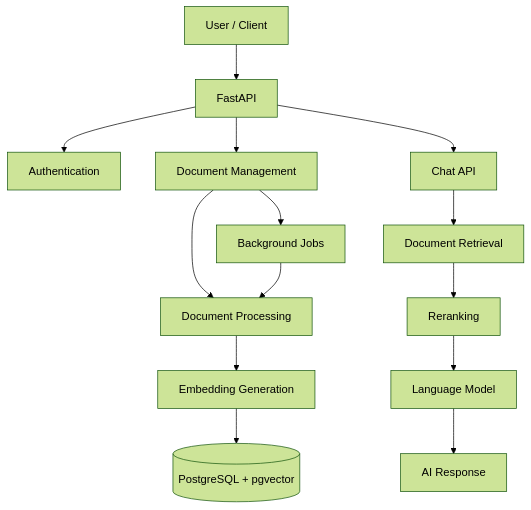
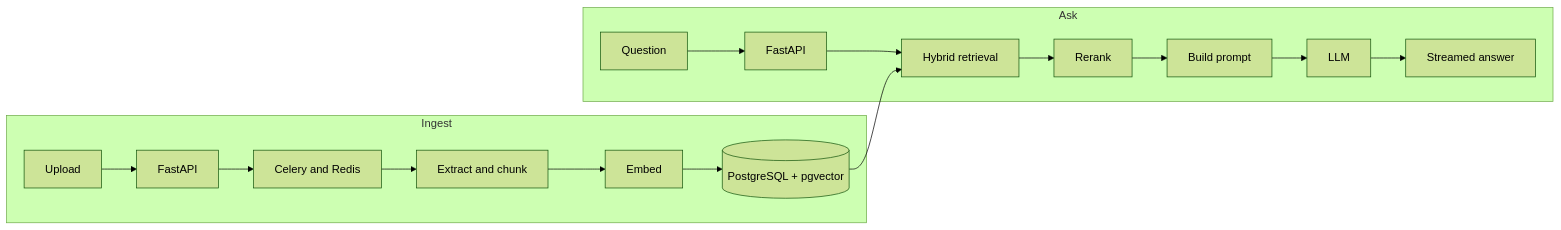
Before and after one commit to Awais-Nazir/knowledge-assistant: the diagram in README.md, drawn with Mermaid (forest theme). The commit also changed other lines of this file, not shown here.

````diff
--- a/README.md
+++ b/README.md
@@ -55,19 +25,12 @@
 ```mermaid
-flowchart TD
-    U[User / Client] --> API[FastAPI]
-    API --> AUTH[Authentication]
-    API --> DOC[Document Management]
-    API --> CHAT[Chat API]
-
-    DOC --> PROCESS[Document Processing]
-    PROCESS --> EMB[Embedding Generation]
-    EMB --> DB[(PostgreSQL + pgvector)]
-
-    CHAT --> RET[Document Retrieval]
-    RET --> RERANK[Reranking]
-    RERANK --> LLM[Language Model]
-    LLM --> RESPONSE[AI Response]
-
-    DOC --> QUEUE[Background Jobs]
-    QUEUE --> PROCESS
+flowchart LR
+    subgraph Ingest
+        UP[Upload] --> API1[FastAPI] --> Q[Celery and Redis]
+        Q --> EX[Extract and chunk] --> EM[Embed] --> DB[(PostgreSQL + pgvector)]
+    end
+    subgraph Ask
+        QU[Question] --> API2[FastAPI] --> HR[Hybrid retrieval]
+        DB --> HR
+        HR --> RR[Rerank] --> PB[Build prompt] --> LLM[LLM] --> ST[Streamed answer]
+    end
 ```
````
